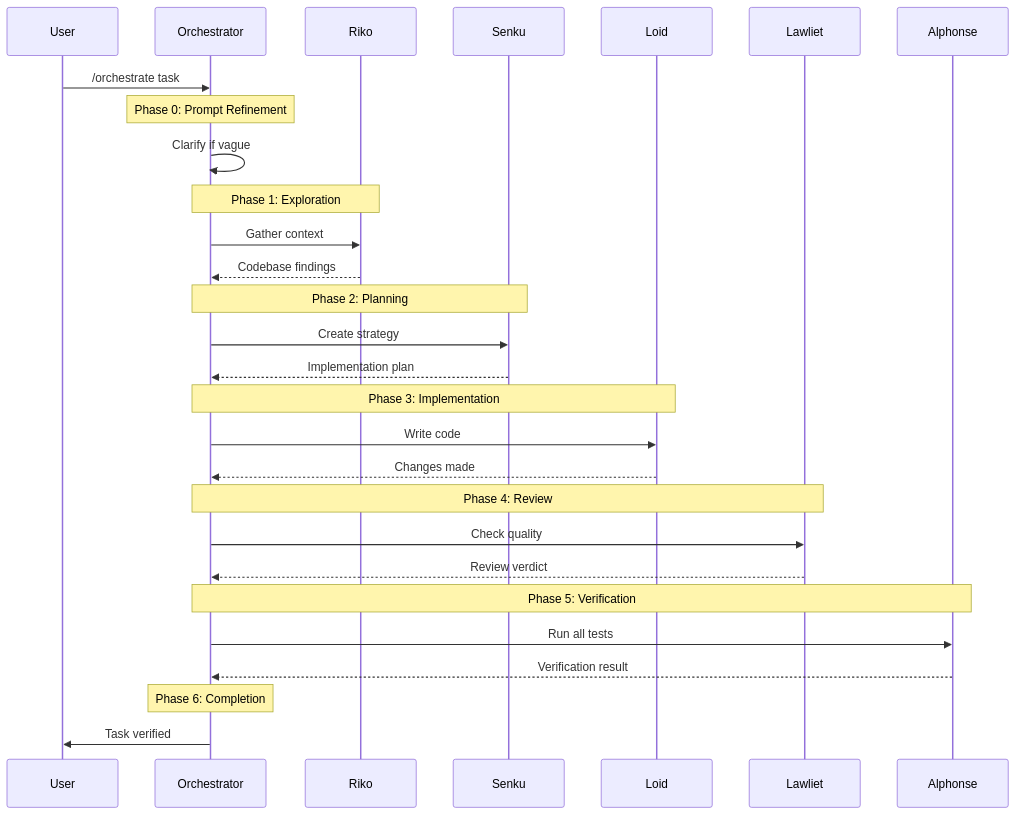
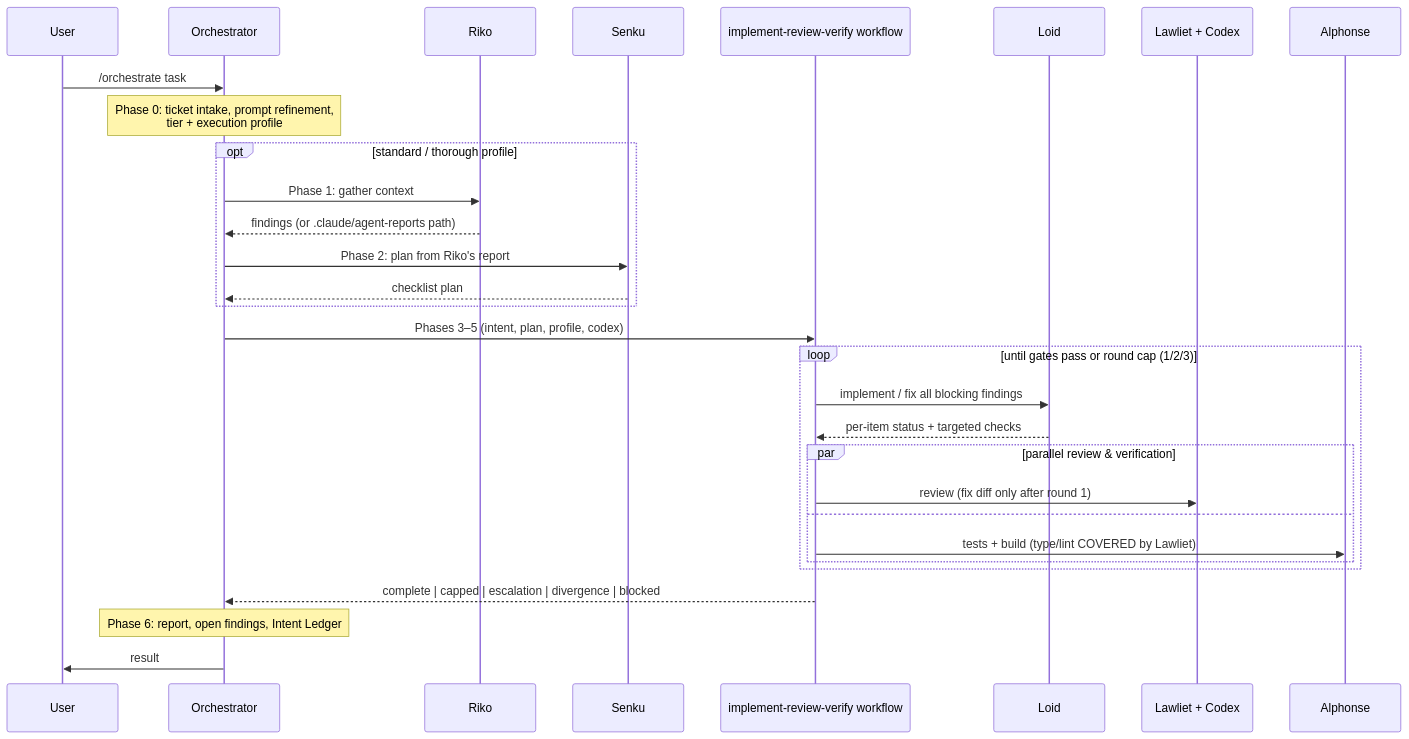
Before and after one commit to josix/agent-flow: the first of 4 diagrams in docs/reference/commands.md, drawn with Mermaid. The commit also changed other lines of this file and 27 other files, not shown here.

First line of the commit message:
fix: resolve audit findings across workflow, scripts, agents, and docs

````diff
--- a/docs/reference/commands.md
+++ b/docs/reference/commands.md
@@ -51,38 +49,33 @@
 ```mermaid
 sequenceDiagram
     participant U as User
     participant O as Orchestrator
     participant R as Riko
     participant S as Senku
+    participant W as implement-review-verify workflow
     participant L as Loid
-    participant LW as Lawliet
+    participant LW as Lawliet + Codex
     participant A as Alphonse
 
     U->>O: /orchestrate task
-
-    Note over O: Phase 0: Prompt Refinement
-    O->>O: Clarify if vague
-
-    Note over O,R: Phase 1: Exploration
-    O->>R: Gather context
-    R-->>O: Codebase findings
-
-    Note over O,S: Phase 2: Planning
-    O->>S: Create strategy
-    S-->>O: Implementation plan
-
-    Note over O,L: Phase 3: Implementation
-    O->>L: Write code
-    L-->>O: Changes made
-
-    Note over O,LW: Phase 4: Review
-    O->>LW: Check quality
-    LW-->>O: Review verdict
-
-    Note over O,A: Phase 5: Verification
-    O->>A: Run all tests
-    A-->>O: Verification result
-
-    Note over O: Phase 6: Completion
-    O->>U: Task verified
+    Note over O: Phase 0: ticket intake, prompt refinement,<br/>tier + execution profile
+    opt standard / thorough profile
+        O->>R: Phase 1: gather context
+        R-->>O: findings (or .claude/agent-reports path)
+        O->>S: Phase 2: plan from Riko's report
+        S-->>O: checklist plan
+    end
+    O->>W: Phases 3–5 (intent, plan, profile, codex)
+    loop until gates pass or round cap (1/2/3)
+        W->>L: implement / fix all blocking findings
+        L-->>W: per-item status + targeted checks
+        par parallel review & verification
+            W->>LW: review (fix diff only after round 1)
+        and
+            W->>A: tests + build (type/lint COVERED by Lawliet)
+        end
+    end
+    W-->>O: complete | capped | escalation | divergence | blocked
+    Note over O: Phase 6: report, open findings, Intent Ledger
+    O->>U: result
 ```
````
